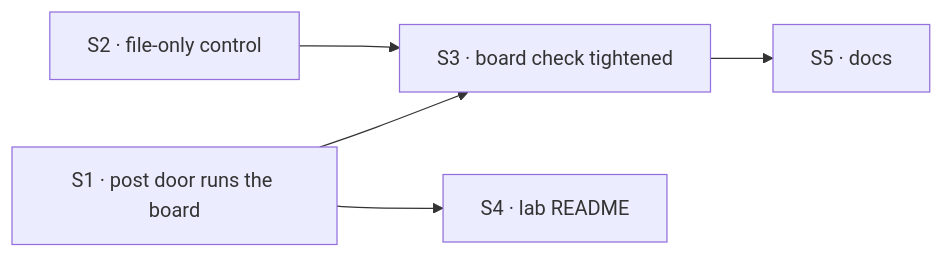
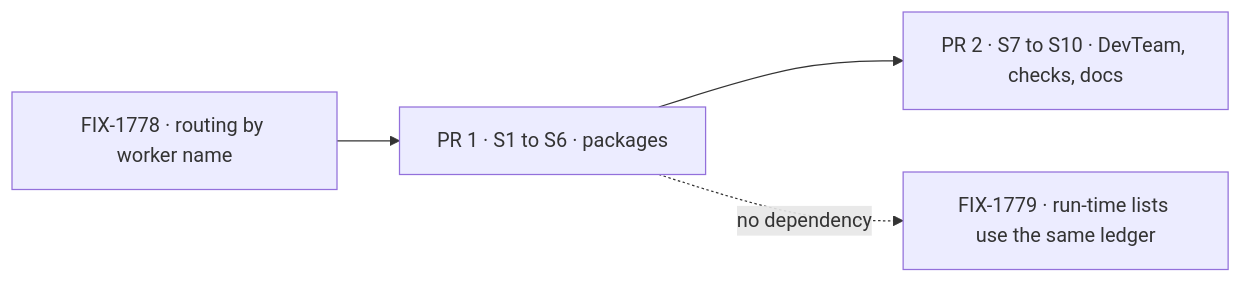
One commit to fixpoint-labs/flow-state-dev changed the diagram in specs/issues/FIX-1777/PLAN.md. Above: the diagram before and after it, drawn with Mermaid. The commit also changed other lines of this file and 7 other files, not shown here.

````diff
--- a/specs/issues/FIX-1777/PLAN.md
+++ b/specs/issues/FIX-1777/PLAN.md
@@ -22,7 +27,6 @@
 ```mermaid
 flowchart LR
-  S1["S1 · post door runs the board"] --> S3["S3 · board check tightened"]
-  S2["S2 · file-only control"] --> S3
-  S1 --> S4["S4 · lab README"]
-  S3 --> S5["S5 · docs"]
+  F["FIX-1778 · routing by worker name"] --> P1["PR 1 · S1 to S6 · packages"]
+  P1 --> P2["PR 2 · S7 to S10 · DevTeam, checks, docs"]
+  P1 -.->|"no dependency"| X["FIX-1779 · run-time lists use the same ledger"]
 ```
````
